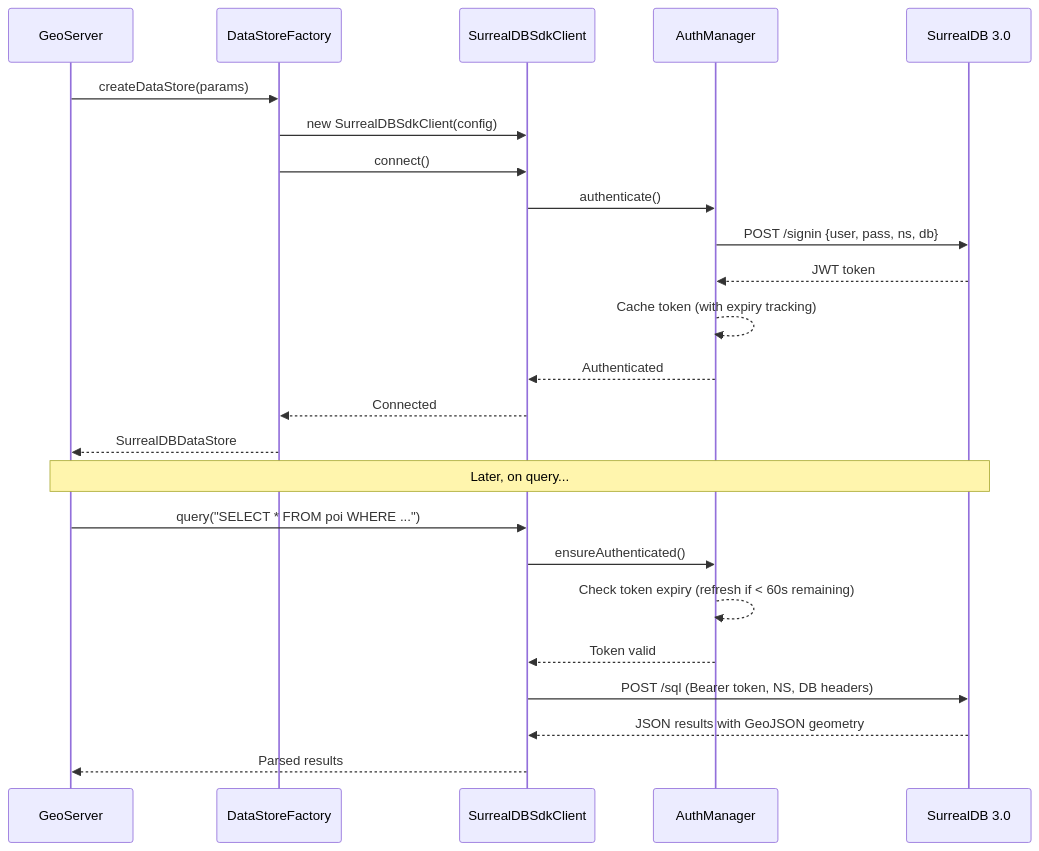
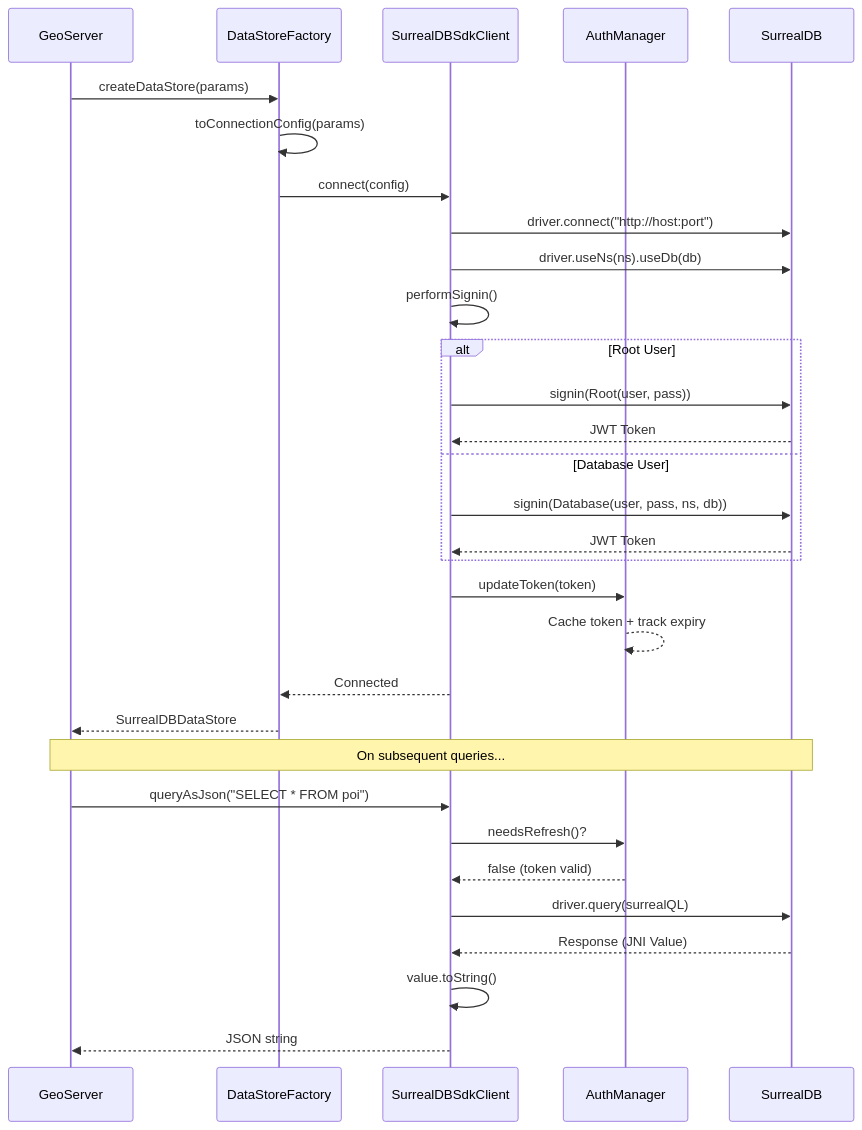
Before and after one commit to nitin84india/surrealdb-geoserver-connector: the third of 5 diagrams in README.md, drawn with Mermaid. The commit also changed other lines of this file, not shown here.

First line of the commit message:
docs: rewrite README with comprehensive architecture diagrams and deployment guide

````diff
--- a/README.md
+++ b/README.md
@@ -44,29 +110,39 @@
 ```mermaid
 sequenceDiagram
     participant GS as GeoServer
     participant DSF as DataStoreFactory
     participant Client as SurrealDBSdkClient
     participant Auth as AuthManager
-    participant DB as SurrealDB 3.0
+    participant DB as SurrealDB
 
     GS->>DSF: createDataStore(params)
-    DSF->>Client: new SurrealDBSdkClient(config)
-    DSF->>Client: connect()
-    Client->>Auth: authenticate()
-    Auth->>DB: POST /signin {user, pass, ns, db}
-    DB-->>Auth: JWT token
-    Auth-->>Auth: Cache token (with expiry tracking)
-    Auth-->>Client: Authenticated
+    DSF->>DSF: toConnectionConfig(params)
+    DSF->>Client: connect(config)
+    Client->>DB: driver.connect("http://host:port")
+    Client->>DB: driver.useNs(ns).useDb(db)
+
+    Client->>Client: performSignin()
+
+    alt Root User
+        Client->>DB: signin(Root(user, pass))
+        DB-->>Client: JWT Token
+    else Database User
+        Client->>DB: signin(Database(user, pass, ns, db))
+        DB-->>Client: JWT Token
+    end
+
+    Client->>Auth: updateToken(token)
+    Auth-->>Auth: Cache token + track expiry
     Client-->>DSF: Connected
     DSF-->>GS: SurrealDBDataStore
 
-    Note over GS, DB: Later, on query...
+    Note over GS, DB: On subsequent queries...
 
-    GS->>Client: query("SELECT * FROM poi WHERE ...")
-    Client->>Auth: ensureAuthenticated()
-    Auth-->>Auth: Check token expiry (refresh if < 60s remaining)
-    Auth-->>Client: Token valid
-    Client->>DB: POST /sql (Bearer token, NS, DB headers)
-    DB-->>Client: JSON results with GeoJSON geometry
-    Client-->>GS: Parsed results
+    GS->>Client: queryAsJson("SELECT * FROM poi")
+    Client->>Auth: needsRefresh()?
+    Auth-->>Client: false (token valid)
+    Client->>DB: driver.query(surrealQL)
+    DB-->>Client: Response (JNI Value)
+    Client->>Client: value.toString()
+    Client-->>GS: JSON string
 ```
````
